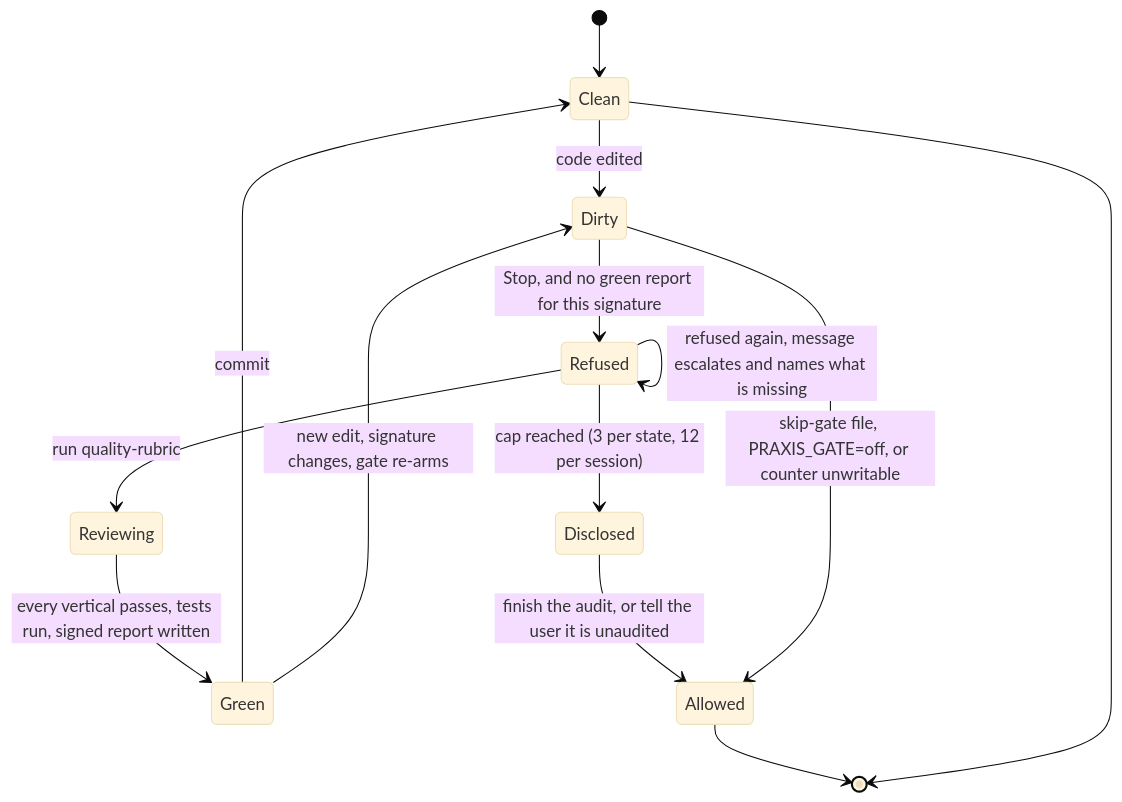
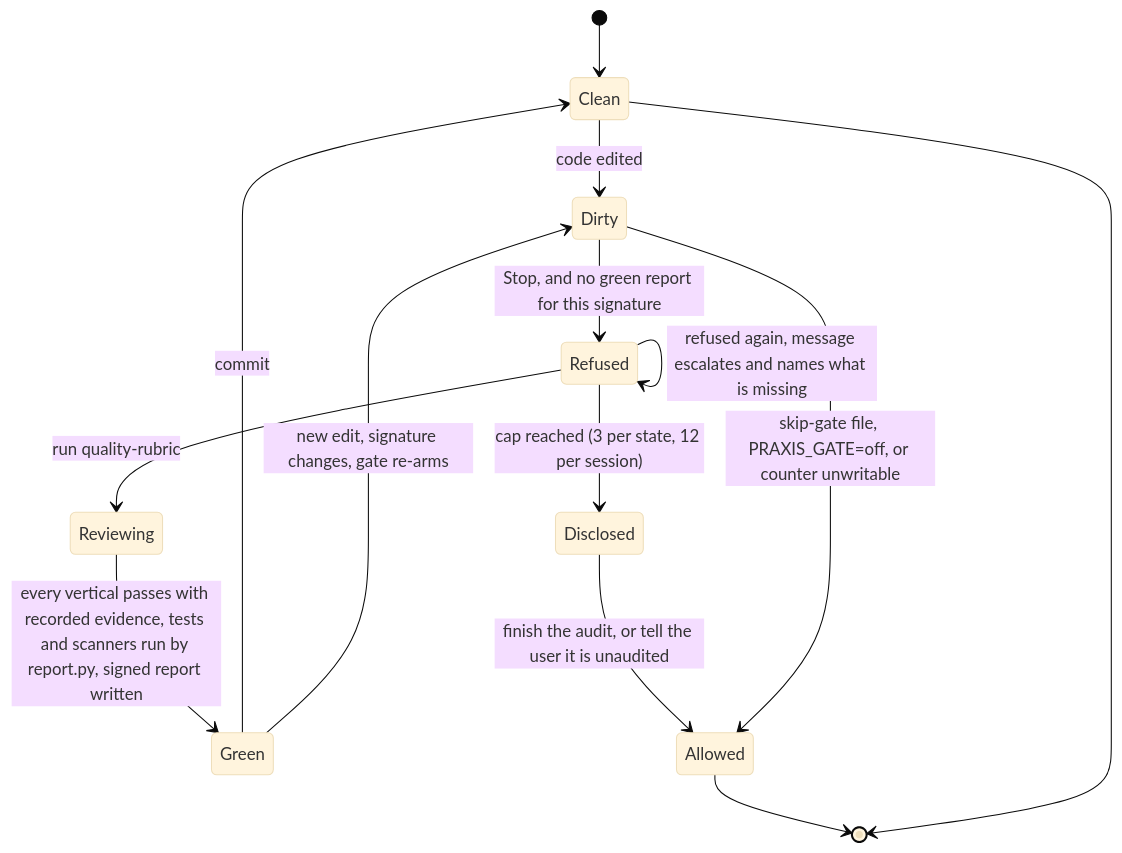
The fourth of 6 diagrams in docs/FLOWS.md (Ohswedd/praxis), drawn with Mermaid (base theme) before and after one commit. The commit also changed other lines of this file and 50 other files, not shown here.

````diff
--- a/docs/FLOWS.md
+++ b/docs/FLOWS.md
@@ -115,16 +115,16 @@
 ```mermaid
 stateDiagram-v2
     [*] --> Clean
     Clean --> Dirty: code edited
     Dirty --> Refused: Stop, and no green report for this signature
     Refused --> Refused: refused again, message escalates and names what is missing
     Refused --> Reviewing: run quality-rubric
-    Reviewing --> Green: every vertical passes, tests run, signed report written
+    Reviewing --> Green: every vertical passes with recorded evidence, tests and scanners run by report.py, signed report written
     Green --> Clean: commit
     Green --> Dirty: new edit, signature changes, gate re-arms
     Refused --> Disclosed: cap reached (3 per state, 12 per session)
     Disclosed --> Allowed: finish the audit, or tell the user it is unaudited
     Dirty --> Allowed: skip-gate file, PRAXIS_GATE=off, or counter unwritable
     Allowed --> [*]
     Clean --> [*]
 ```
````
